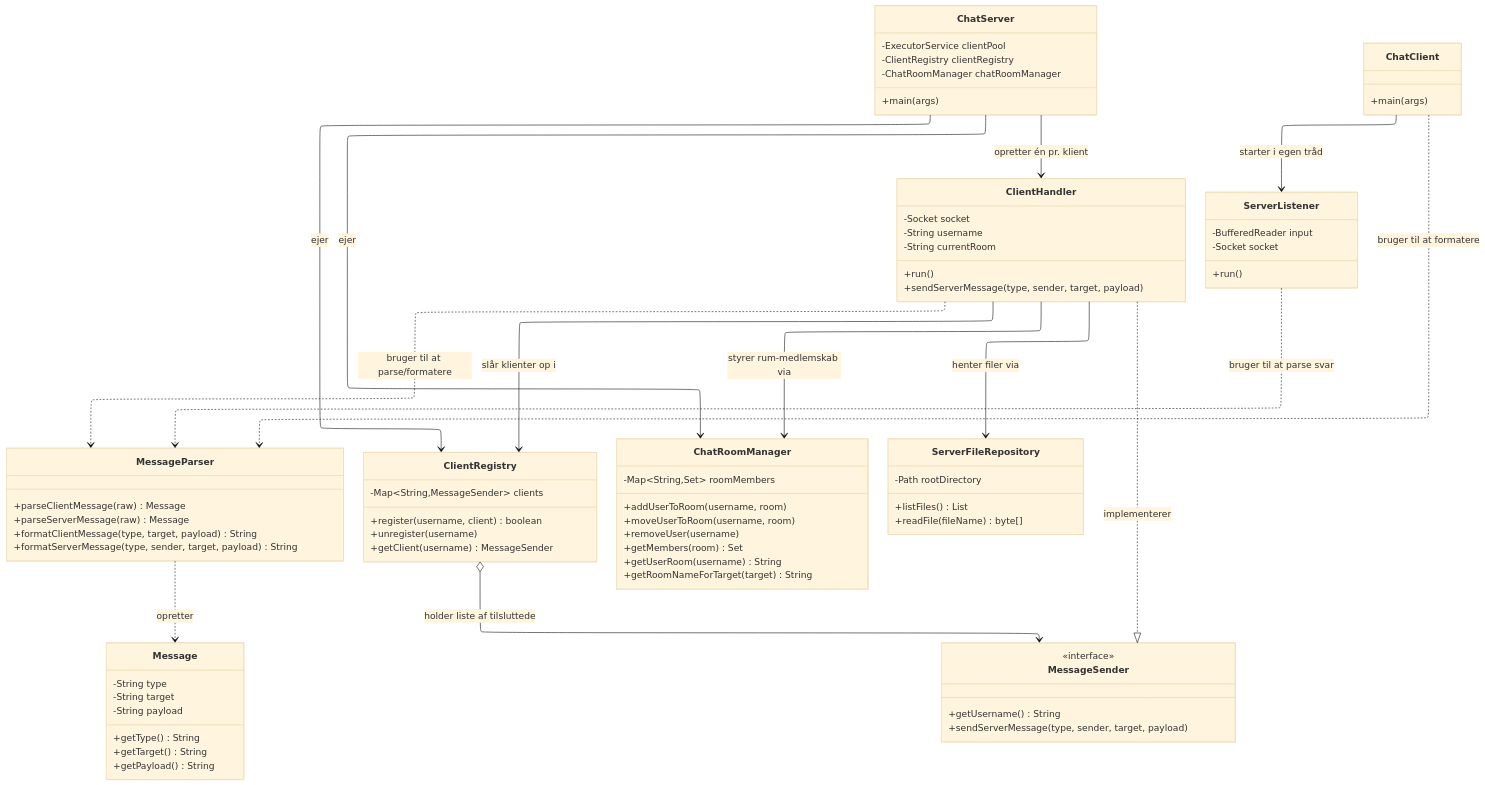
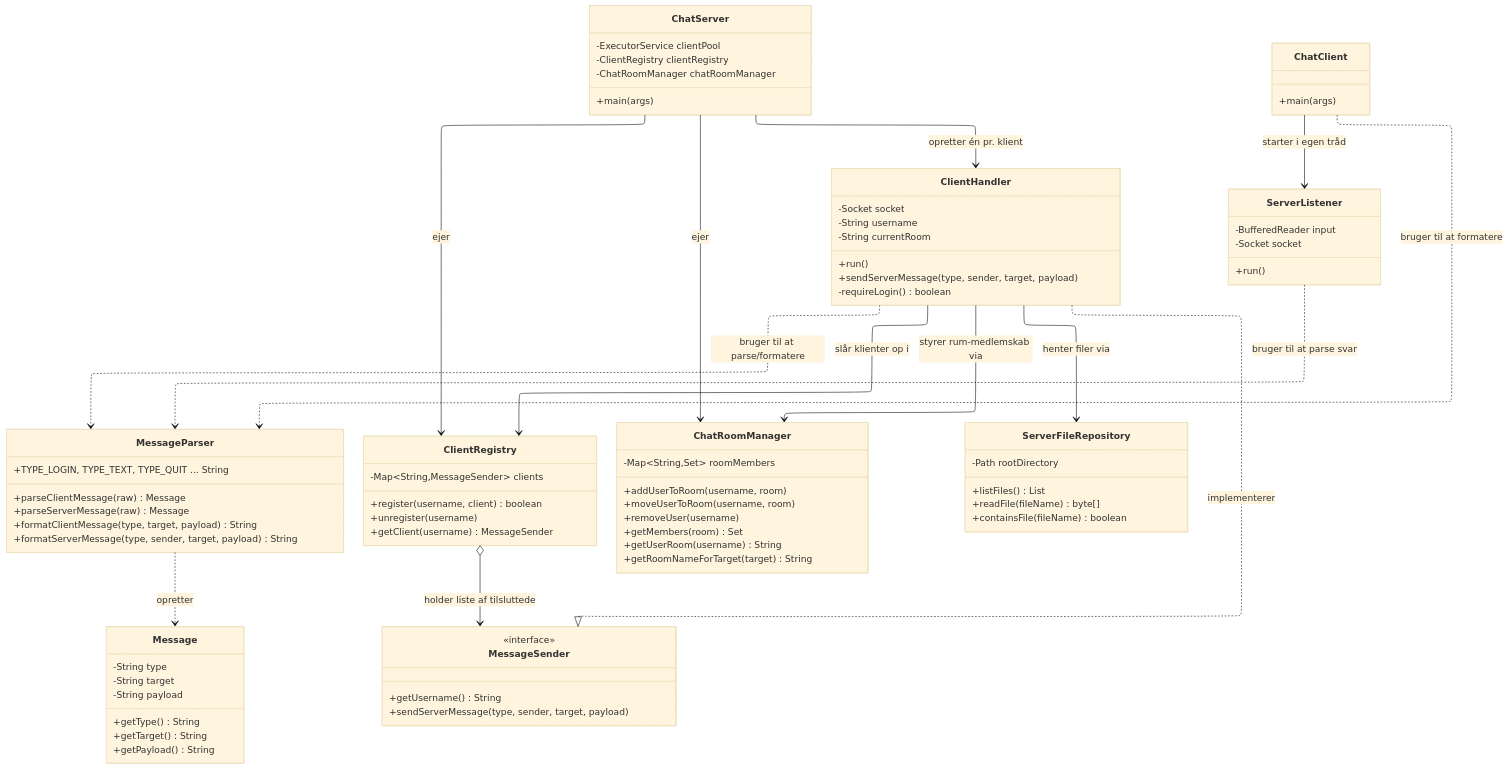
One commit to Rheedocs/Hello-World-Chat changed the first of 3 diagrams in README.md. Above: the diagram before and after it, drawn with Mermaid (base theme). The commit also changed other lines of this file, not shown here.

Commit message:
docs: opdater README med clean code, nye tests og fundne fejl

````diff
--- a/README.md
+++ b/README.md
@@ -101,64 +101,67 @@
 ---
 classDiagram
     class Message {
-      -String type
-      -String target
-      -String payload
-      +getType() String
-      +getTarget() String
-      +getPayload() String
+        -String type
+        -String target
+        -String payload
+        +getType() String
+        +getTarget() String
+        +getPayload() String
     }
     class MessageParser {
-      +parseClientMessage(raw) Message
-      +parseServerMessage(raw) Message
-      +formatClientMessage(type, target, payload) String
-      +formatServerMessage(type, sender, target, payload) String
+        +TYPE_LOGIN, TYPE_TEXT, TYPE_QUIT ... String
+        +parseClientMessage(raw) Message
+        +parseServerMessage(raw) Message
+        +formatClientMessage(type, target, payload) String
+        +formatServerMessage(type, sender, target, payload) String
     }
     class MessageSender {
-      <<interface>>
-      +getUsername() String
-      +sendServerMessage(type, sender, target, payload)
+        <<interface>>
+        +getUsername() String
+        +sendServerMessage(type, sender, target, payload)
     }
     class ChatServer {
-      -ExecutorService clientPool
-      -ClientRegistry clientRegistry
-      -ChatRoomManager chatRoomManager
-      +main(args)
+        -ExecutorService clientPool
+        -ClientRegistry clientRegistry
+        -ChatRoomManager chatRoomManager
+        +main(args)
     }
     class ClientHandler {
-      -Socket socket
-      -String username
-      -String currentRoom
-      +run()
-      +sendServerMessage(type, sender, target, payload)
+        -Socket socket
+        -String username
+        -String currentRoom
+        +run()
+        +sendServerMessage(type, sender, target, payload)
+        -requireLogin() boolean
     }
     class ClientRegistry {
-      -Map~String,MessageSender~ clients
-      +register(username, client) boolean
-      +unregister(username)
-      +getClient(username) MessageSender
+        -Map~String,MessageSender~ clients
+        +register(username, client) boolean
+        +unregister(username)
+        +getClient(username) MessageSender
     }
     class ChatRoomManager {
-      -Map~String,Set~ roomMembers
-      +addUserToRoom(username, room)
-      +moveUserToRoom(username, room)
-      +removeUser(username)
-      +getMembers(room) Set
-      +getUserRoom(username) String
-      +getRoomNameForTarget(target) String
+        -Map~String,Set~ roomMembers
+        +addUserToRoom(username, room)
+        +moveUserToRoom(username, room)
+        +removeUser(username)
+        +getMembers(room) Set
+        +getUserRoom(username) String
+        +getRoomNameForTarget(target) String
     }
     class ServerFileRepository {
-      -Path rootDirectory
-      +listFiles() List
-      +readFile(fileName) byte[]
+        -Path rootDirectory
+        +listFiles() List
+        +readFile(fileName) byte[]
+        +containsFile(fileName) boolean
     }
     class ChatClient {
-      +main(args)
+        +main(args)
     }
     class ServerListener {
-      -BufferedReader input
-      -Socket socket
-      +run()
+        -BufferedReader input
+        -Socket socket
+        +run()
     }
 
     ClientHandler ..|> MessageSender : implementerer
@@ -169,9 +172,9 @@
     ChatServer --> ClientHandler : opretter én pr. klient
     ChatServer --> ClientRegistry : ejer
     ChatServer --> ChatRoomManager : ejer
-    ClientRegistry o--> MessageSender : holder liste af tilsluttede
-    ChatClient --> ServerListener : starter i egen tråd
-    ChatClient ..> MessageParser : bruger til at formatere
-    ServerListener ..> MessageParser : bruger til at parse svar
-    MessageParser ..> Message : opretter
+ClientRegistry o--> MessageSender : holder liste af tilsluttede
+ChatClient --> ServerListener : starter i egen tråd
+ChatClient ..> MessageParser : bruger til at formatere
+ServerListener ..> MessageParser : bruger til at parse svar
+MessageParser ..> Message : opretter
 ```
````
